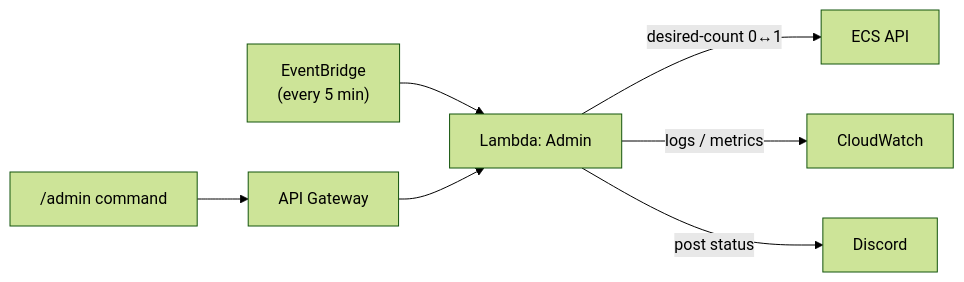
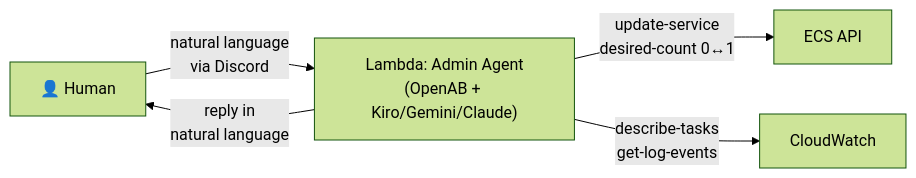
The second of 6 diagrams in openab-ecs-lambda-architecture.md (juntinyeh-worker/agent-outbound), drawn with Mermaid (forest theme) before and after one commit. The commit also changed other lines of this file, not shown here.

First line of the commit message:
task: Admin Lambda is a full agent (natural language, not slash commands)

````diff
--- a/openab-ecs-lambda-architecture.md
+++ b/openab-ecs-lambda-architecture.md
@@ -86,8 +92,7 @@
 ```mermaid
 graph LR
-    EVENTBRIDGE["EventBridge<br/>(every 5 min)"] --> LAMBDA["Lambda: Admin"]
-    SLASH["/admin command"] --> APIGW["API Gateway"] --> LAMBDA
-    LAMBDA -->|"desired-count 0↔1"| ECS["ECS API"]
-    LAMBDA -->|"logs / metrics"| CW["CloudWatch"]
-    LAMBDA -->|"post status"| DISCORD["Discord"]
+    HUMAN["👤 Human"] -->|"natural language<br/>via Discord"| ADMIN["Lambda: Admin Agent<br/>(OpenAB + Kiro/Gemini/Claude)"]
+    ADMIN -->|"update-service<br/>desired-count 0↔1"| ECS["ECS API"]
+    ADMIN -->|"describe-tasks<br/>get-log-events"| CW["CloudWatch"]
+    ADMIN -->|"reply in<br/>natural language"| HUMAN
 ```
````
